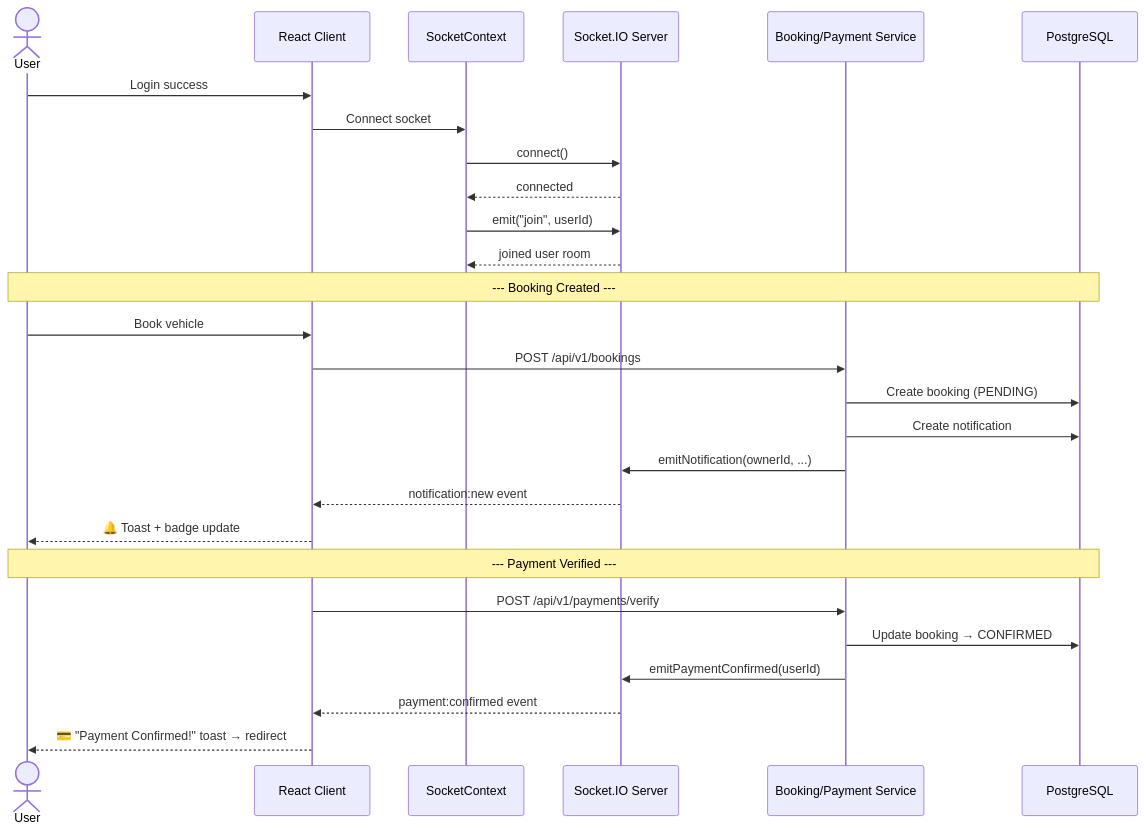
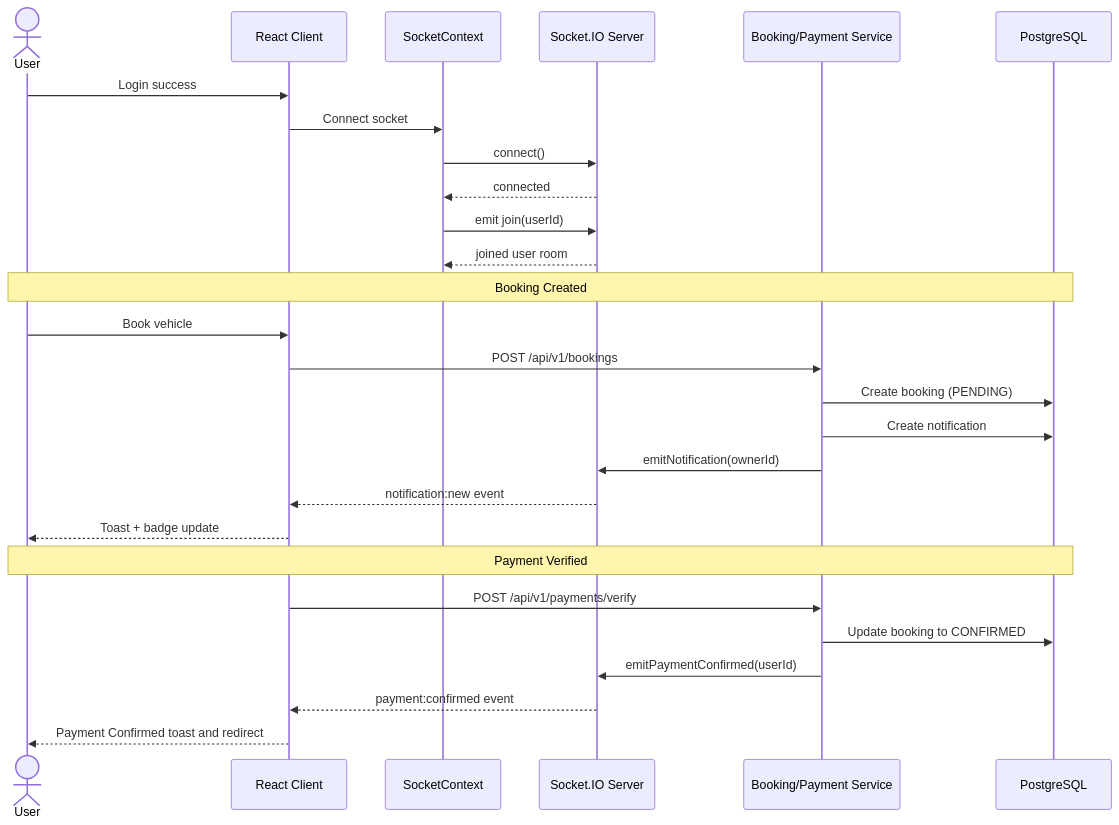
The second of 5 diagrams in README.md (Piyush200516/CarBoom), drawn with Mermaid before and after one commit. The commit also changed other lines of this file, not shown here.

````diff
--- a/README.md
+++ b/README.md
@@ -146,32 +141,32 @@
 ```mermaid
 sequenceDiagram
     actor User
     participant Client as React Client
     participant SocketCtx as SocketContext
     participant SocketIO as Socket.IO Server
     participant Service as Booking/Payment Service
     participant DB as PostgreSQL
 
     User->>Client: Login success
     Client->>SocketCtx: Connect socket
     SocketCtx->>SocketIO: connect()
     SocketIO-->>SocketCtx: connected
-    SocketCtx->>SocketIO: emit("join", userId)
+    SocketCtx->>SocketIO: emit join(userId)
     SocketIO-->>SocketCtx: joined user room
 
-    Note over User,DB: --- Booking Created ---
+    Note over User,DB: Booking Created
     User->>Client: Book vehicle
     Client->>Service: POST /api/v1/bookings
     Service->>DB: Create booking (PENDING)
     Service->>DB: Create notification
-    Service->>SocketIO: emitNotification(ownerId, ...)
+    Service->>SocketIO: emitNotification(ownerId)
     SocketIO-->>Client: notification:new event
-    Client-->>User: 🔔 Toast + badge update
+    Client-->>User: Toast + badge update
 
-    Note over User,DB: --- Payment Verified ---
+    Note over User,DB: Payment Verified
     Client->>Service: POST /api/v1/payments/verify
-    Service->>DB: Update booking → CONFIRMED
+    Service->>DB: Update booking to CONFIRMED
     Service->>SocketIO: emitPaymentConfirmed(userId)
     SocketIO-->>Client: payment:confirmed event
-    Client-->>User: 💳 "Payment Confirmed!" toast → redirect
+    Client-->>User: Payment Confirmed toast and redirect
 ```
````
